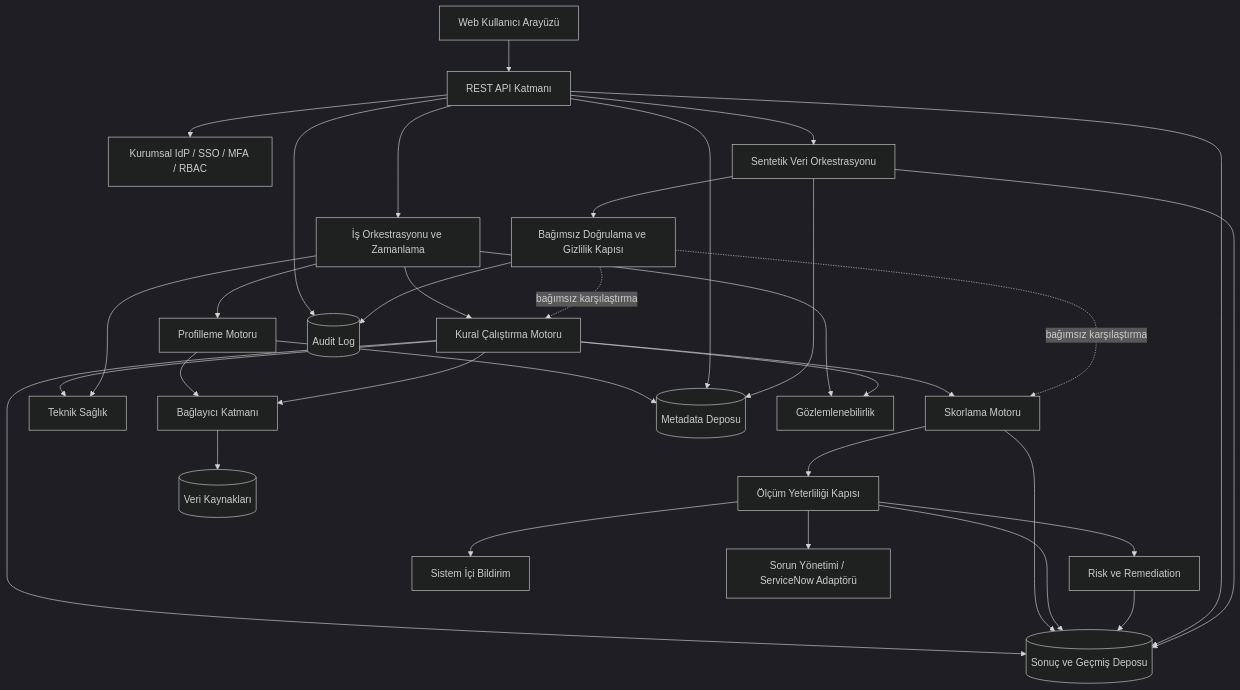
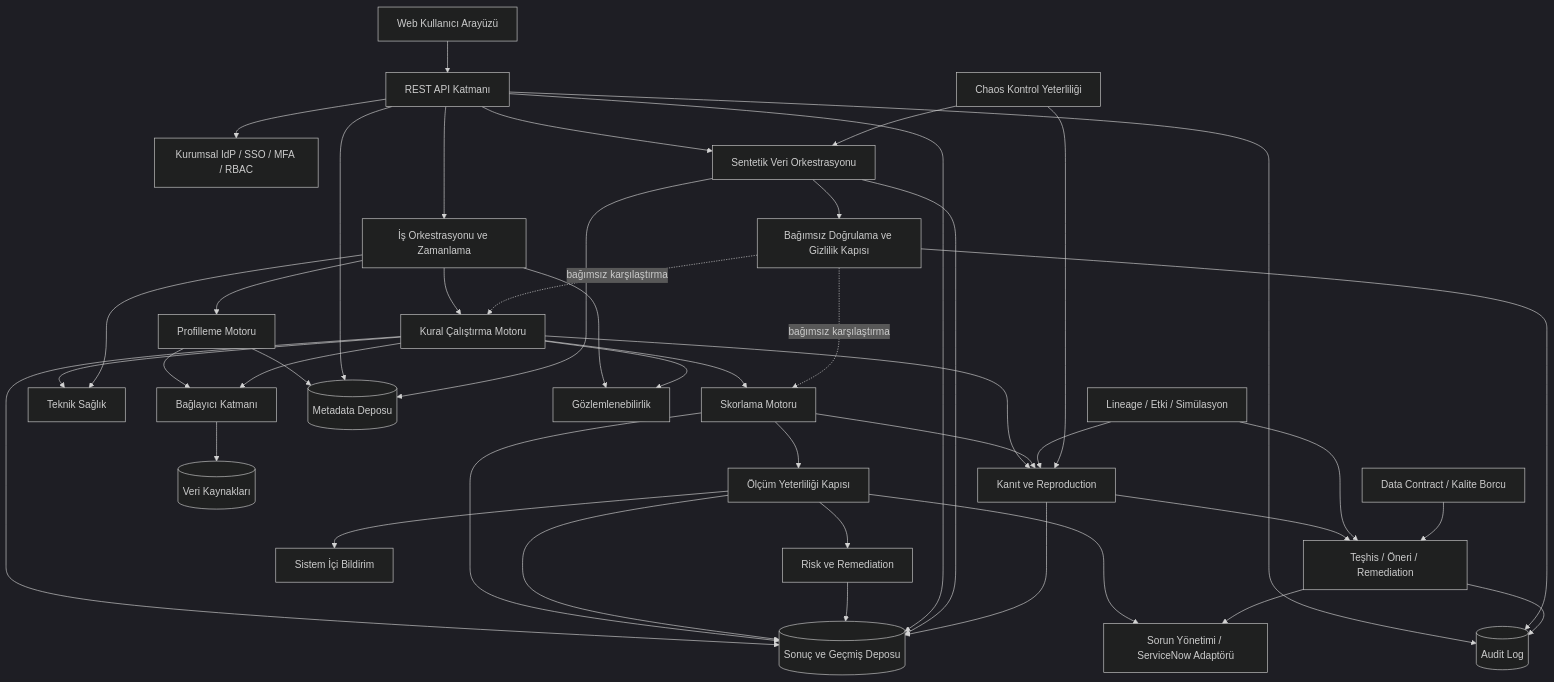
Before and after one commit to yusufipek2049/veri-kalitesi-sistemi: the diagram in 02-Mimari/Mantiksal-Mimari.md, drawn with Mermaid (dark theme). The commit also changed other lines of this file and 58 other files, not shown here.

````diff
--- a/02-Mimari/Mantiksal-Mimari.md
+++ b/02-Mimari/Mantiksal-Mimari.md
@@ -40,56 +45,72 @@
 ```mermaid
 flowchart TB
     UI[Web Kullanıcı Arayüzü]
     API[REST API Katmanı]
     AUTH[Kurumsal IdP / SSO / MFA / RBAC]
     ORCH[İş Orkestrasyonu ve Zamanlama]
     PROF[Profilleme Motoru]
     RULE[Kural Çalıştırma Motoru]
     SCORE[Skorlama Motoru]
     QUAL[Ölçüm Yeterliliği Kapısı]
     RISK[Risk ve Remediation]
     HEALTH[Teknik Sağlık]
     NOTIF[Sistem İçi Bildirim]
     ISSUE[Sorun Yönetimi / ServiceNow Adaptörü]
     CONN[Bağlayıcı Katmanı]
     SRC[(Veri Kaynakları)]
     META[(Metadata Deposu)]
     HIST[(Sonuç ve Geçmiş Deposu)]
     AUDIT[(Audit Log)]
     OBS[Gözlemlenebilirlik]
     SYN[Sentetik Veri Orkestrasyonu]
     SYNVAL[Bağımsız Doğrulama ve Gizlilik Kapısı]
+    EVID[Kanıt ve Reproduction]
+    LINEAGE[Lineage / Etki / Simülasyon]
+    DECIDE[Teşhis / Öneri / Remediation]
+    CONTRACT[Data Contract / Kalite Borcu]
+    CHAOS[Chaos Kontrol Yeterliliği]
 
     UI --> API
     API --> AUTH
     API --> ORCH
     ORCH --> PROF
     ORCH --> RULE
     RULE --> SCORE
     SCORE --> QUAL
     PROF --> CONN
     RULE --> CONN
     CONN --> SRC
     PROF --> META
     RULE --> HIST
     SCORE --> HIST
     QUAL --> HIST
     QUAL --> RISK
     RULE --> HEALTH
     ORCH --> HEALTH
     RISK --> HIST
     QUAL --> NOTIF
     QUAL --> ISSUE
     API --> META
     API --> HIST
     API --> AUDIT
     ORCH --> OBS
     RULE --> OBS
     API --> SYN
     SYN --> META
     SYN --> HIST
     SYN --> SYNVAL
     SYNVAL -. bağımsız karşılaştırma .-> RULE
     SYNVAL -. bağımsız karşılaştırma .-> SCORE
     SYNVAL --> AUDIT
+    RULE --> EVID
+    SCORE --> EVID
+    EVID --> HIST
+    LINEAGE --> EVID
+    EVID --> DECIDE
+    LINEAGE --> DECIDE
+    DECIDE --> ISSUE
+    CONTRACT --> DECIDE
+    CHAOS --> SYN
+    CHAOS --> EVID
+    DECIDE --> AUDIT
 ```
````
